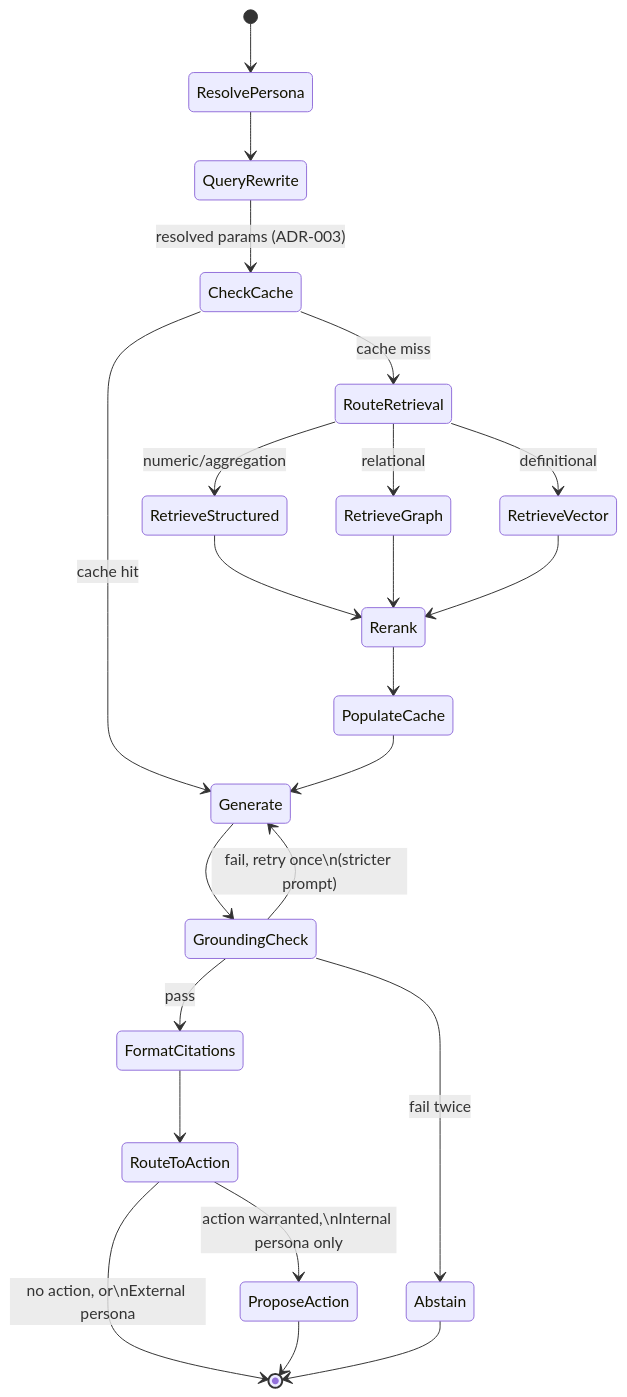
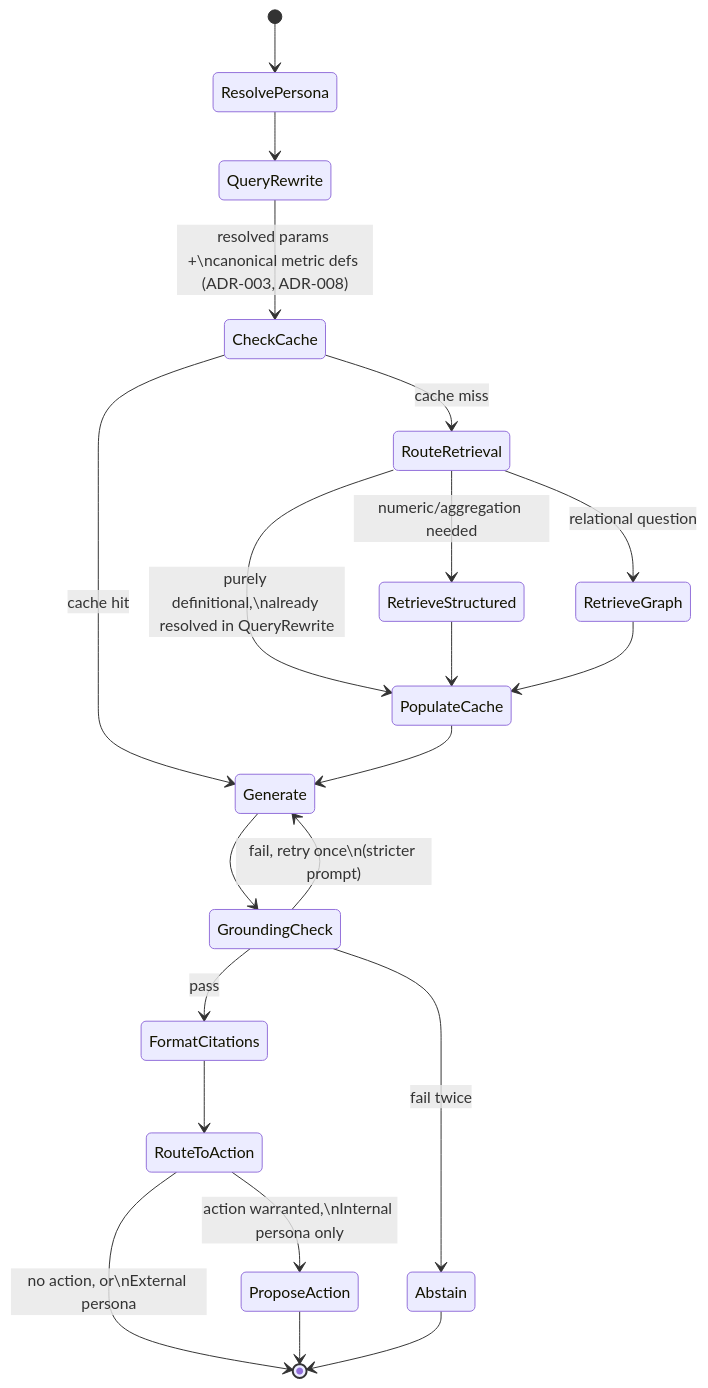
One commit to mbnest/finops-intelligence-platform changed the second of 3 diagrams in docs/Solution_Architecture_Cloud_Workbench.md. Above: the diagram before and after it, drawn with Mermaid. The commit also changed other lines of this file and 4 other files, not shown here.

````diff
--- a/docs/Solution_Architecture_Cloud_Workbench.md
+++ b/docs/Solution_Architecture_Cloud_Workbench.md
@@ -94,25 +93,23 @@
 ```mermaid
 stateDiagram-v2
     [*] --> ResolvePersona
     ResolvePersona --> QueryRewrite
-    QueryRewrite --> CheckCache: resolved params (ADR-003)
+    QueryRewrite --> CheckCache: resolved params +\ncanonical metric defs (ADR-003, ADR-008)
     CheckCache --> Generate: cache hit
     CheckCache --> RouteRetrieval: cache miss
-    RouteRetrieval --> RetrieveStructured: numeric/aggregation
-    RouteRetrieval --> RetrieveGraph: relational
-    RouteRetrieval --> RetrieveVector: definitional
-    RetrieveStructured --> Rerank
-    RetrieveGraph --> Rerank
-    RetrieveVector --> Rerank
-    Rerank --> PopulateCache
+    RouteRetrieval --> RetrieveStructured: numeric/aggregation needed
+    RouteRetrieval --> RetrieveGraph: relational question
+    RouteRetrieval --> PopulateCache: purely definitional,\nalready resolved in QueryRewrite
+    RetrieveStructured --> PopulateCache
+    RetrieveGraph --> PopulateCache
     PopulateCache --> Generate
     Generate --> GroundingCheck
     GroundingCheck --> FormatCitations: pass
     GroundingCheck --> Generate: fail, retry once\n(stricter prompt)
     GroundingCheck --> Abstain: fail twice
     FormatCitations --> RouteToAction
     RouteToAction --> ProposeAction: action warranted,\nInternal persona only
     RouteToAction --> [*]: no action, or\nExternal persona
     ProposeAction --> [*]
     Abstain --> [*]
 ```
````
